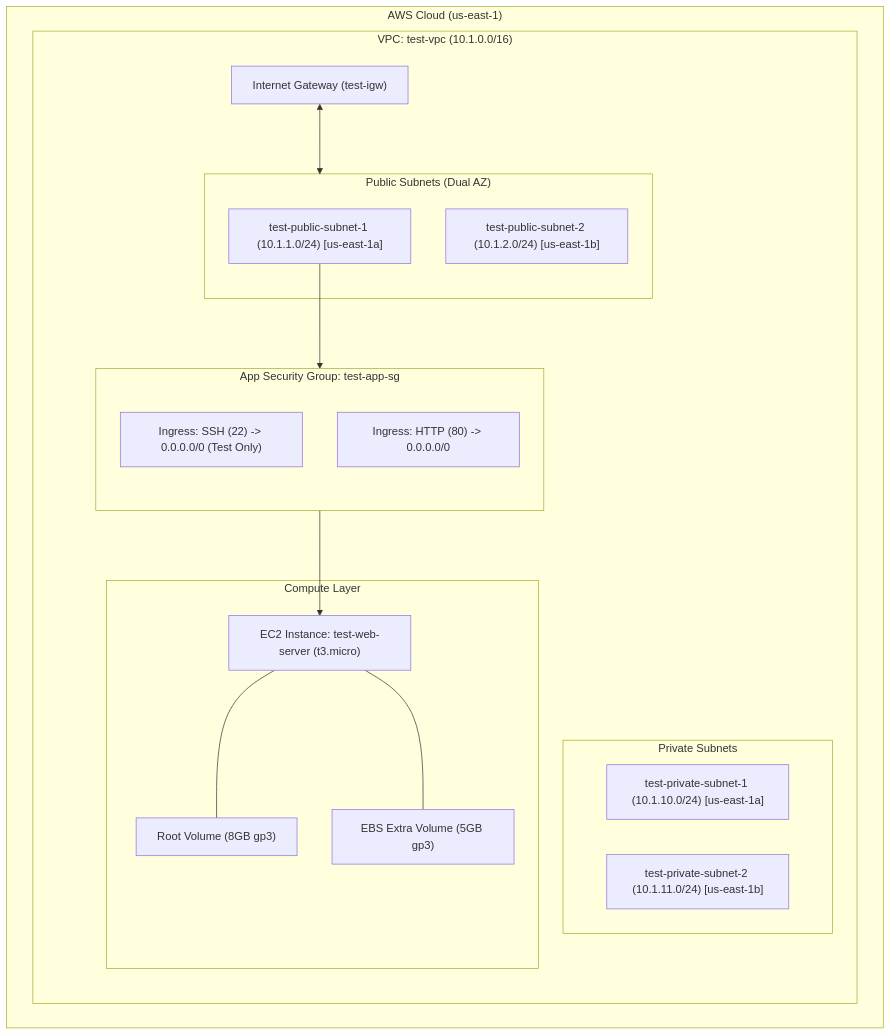
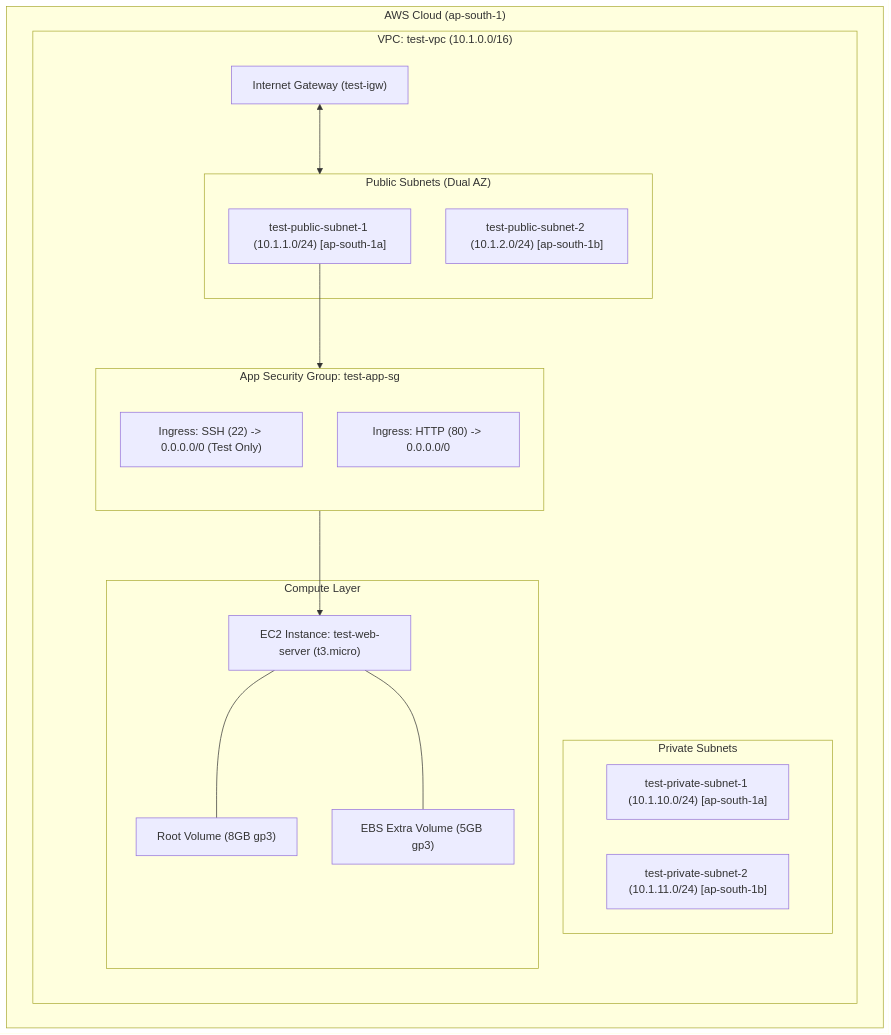
One commit to Naveen-kumar-78/aws-terraform-project changed the diagram in environments/test/ARCHITECTURE.md. Above: the diagram before and after it, drawn with Mermaid. The commit also changed other lines of this file and 13 other files, not shown here.

````diff
--- a/environments/test/ARCHITECTURE.md
+++ b/environments/test/ARCHITECTURE.md
@@ -10,35 +10,35 @@
 ```mermaid
 graph TD
-    subgraph AWS_Cloud ["AWS Cloud (us-east-1)"]
+    subgraph AWS_Cloud ["AWS Cloud (ap-south-1)"]
         subgraph VPC ["VPC: test-vpc (10.1.0.0/16)"]
             IGW["Internet Gateway (test-igw)"]
             
             subgraph Public_Subnets ["Public Subnets (Dual AZ)"]
-                PUB1["test-public-subnet-1 (10.1.1.0/24) [us-east-1a]"]
-                PUB2["test-public-subnet-2 (10.1.2.0/24) [us-east-1b]"]
+                PUB1["test-public-subnet-1 (10.1.1.0/24) [ap-south-1a]"]
+                PUB2["test-public-subnet-2 (10.1.2.0/24) [ap-south-1b]"]
             end
             
             subgraph Private_Subnets ["Private Subnets"]
-                PRIV1["test-private-subnet-1 (10.1.10.0/24) [us-east-1a]"]
-                PRIV2["test-private-subnet-2 (10.1.11.0/24) [us-east-1b]"]
+                PRIV1["test-private-subnet-1 (10.1.10.0/24) [ap-south-1a]"]
+                PRIV2["test-private-subnet-2 (10.1.11.0/24) [ap-south-1b]"]
             end
             
             subgraph Security_Boundary ["App Security Group: test-app-sg"]
                 SSH["Ingress: SSH (22) -> 0.0.0.0/0 (Test Only)"]
                 HTTP["Ingress: HTTP (80) -> 0.0.0.0/0"]
             end
 
             subgraph Compute ["Compute Layer"]
                 EC2["EC2 Instance: test-web-server (t3.micro)"]
                 ROOT["Root Volume (8GB gp3)"]
                 DATA["EBS Extra Volume (5GB gp3)"]
             end
         end
     end
 
     IGW <--> Public_Subnets
     PUB1 --> Security_Boundary
     Security_Boundary --> EC2
     EC2 --- ROOT
     EC2 --- DATA
 ```
````
